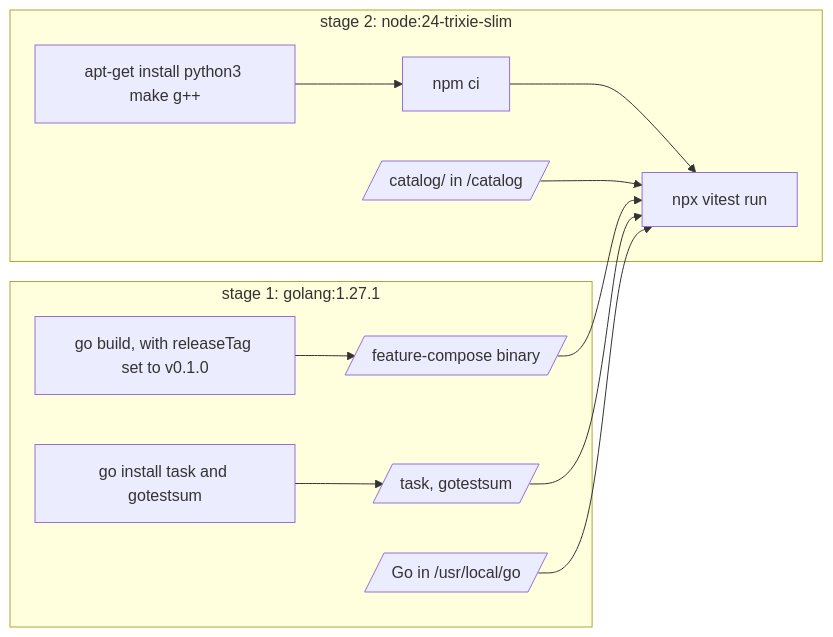
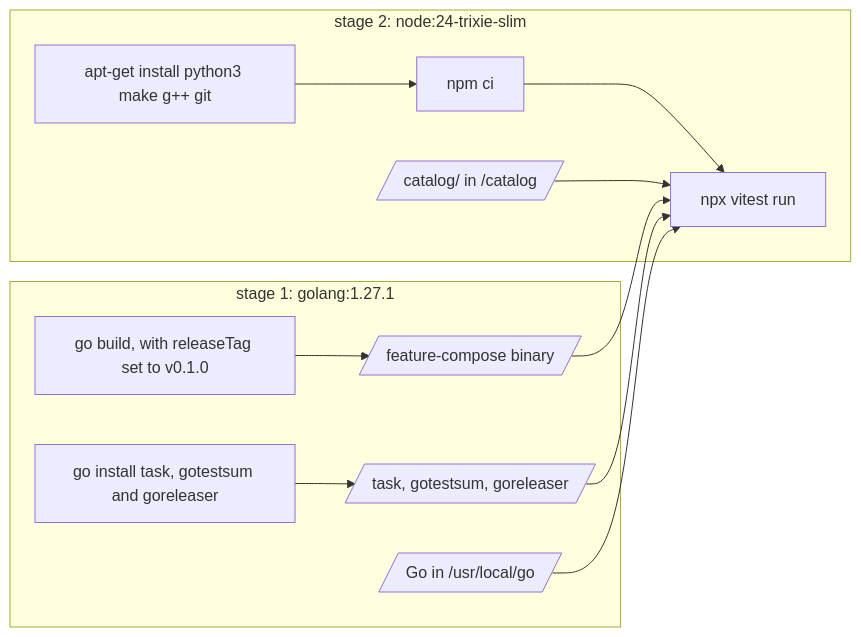
The third of 3 diagrams in docs/e2e-tests.md (hpcsc/feature-compose), drawn with Mermaid before and after one commit. The commit also changed other lines of this file and 7 other files, not shown here.

````diff
--- a/docs/e2e-tests.md
+++ b/docs/e2e-tests.md
@@ -195,16 +211,16 @@
 ```mermaid
 flowchart LR
     subgraph builder["stage 1: golang:1.27.1"]
         G["go build, with releaseTag set to v0.1.0"] --> BIN[/"feature-compose binary"/]
-        I["go install task and gotestsum"] --> TOOLS[/"task, gotestsum"/]
+        I["go install task, gotestsum and goreleaser"] --> TOOLS[/"task, gotestsum, goreleaser"/]
         GO[/"Go in /usr/local/go"/]
     end
     subgraph runner["stage 2: node:24-trixie-slim"]
-        APT["apt-get install python3 make g++"] --> NPM["npm ci"]
+        APT["apt-get install python3 make g++ git"] --> NPM["npm ci"]
         NPM --> RUN["npx vitest run"]
         CAT[/"catalog/ in /catalog"/] --> RUN
     end
     BIN --> RUN
     TOOLS --> RUN
     GO --> RUN
 ```
````
